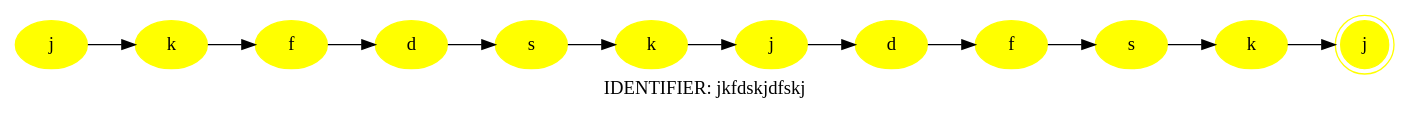
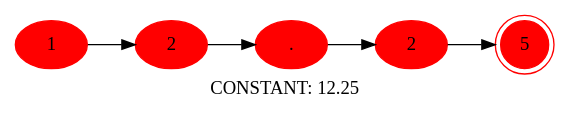
The diagram in parser-py/Plots/0_toPlot.dot (Jbrod5/lenguajes), drawn with Graphviz before and after one commit. The commit also changed 48 other files, not shown here.

```diff
--- a/parser-py/Plots/0_toPlot.dot
+++ b/parser-py/Plots/0_toPlot.dot
@@ -1,27 +1,13 @@
 digraph Plot{
    rankdir = LR;
-   label = "IDENTIFIER: jkfdskjdfskj";
-    n0[style = filled, color = yellow, label = "j"];
-    n1[style = filled, color = yellow, label = "k"];
-    n2[style = filled, color = yellow, label = "f"];
-    n3[style = filled, color = yellow, label = "d"];
-    n4[style = filled, color = yellow, label = "s"];
-    n5[style = filled, color = yellow, label = "k"];
-    n6[style = filled, color = yellow, label = "j"];
-    n7[style = filled, color = yellow, label = "d"];
-    n8[style = filled, color = yellow, label = "f"];
-    n9[style = filled, color = yellow, label = "s"];
-    n10[style = filled, color = yellow, label = "k"];
-    n11[style = filled, color = yellow, label = "j" ,shape = doublecircle];
+   label = "CONSTANT: 12.25";
+    n0[style = filled, color = red, label = "1"];
+    n1[style = filled, color = red, label = "2"];
+    n2[style = filled, color = red, label = "."];
+    n3[style = filled, color = red, label = "2"];
+    n4[style = filled, color = red, label = "5" ,shape = doublecircle];
     n0 -> n1;
     n1 -> n2;
     n2 -> n3;
     n3 -> n4;
-    n4 -> n5;
-    n5 -> n6;
-    n6 -> n7;
-    n7 -> n8;
-    n8 -> n9;
-    n9 -> n10;
-    n10 -> n11;
 }
```
